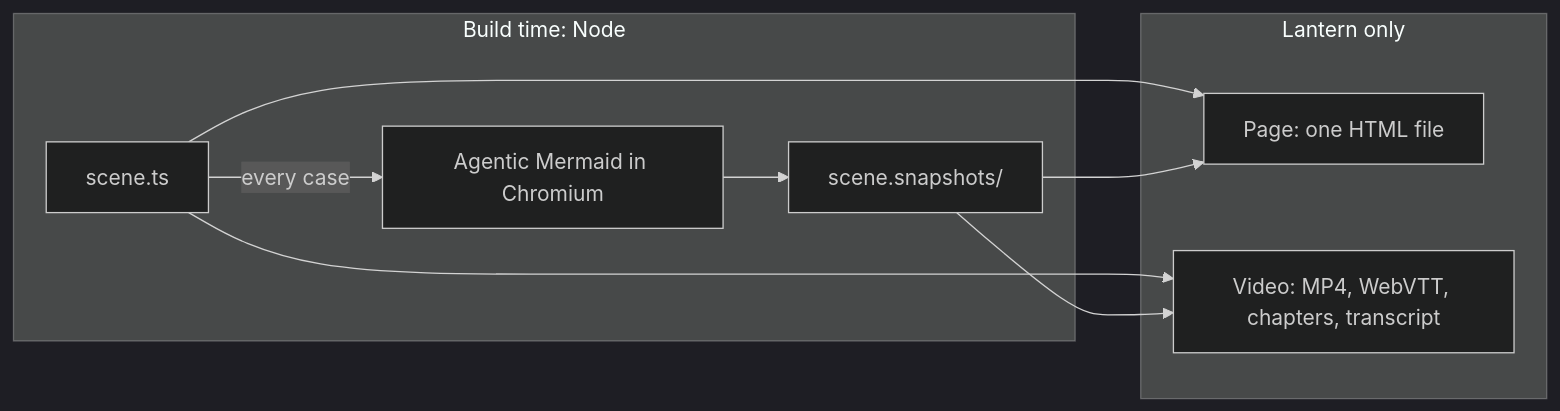
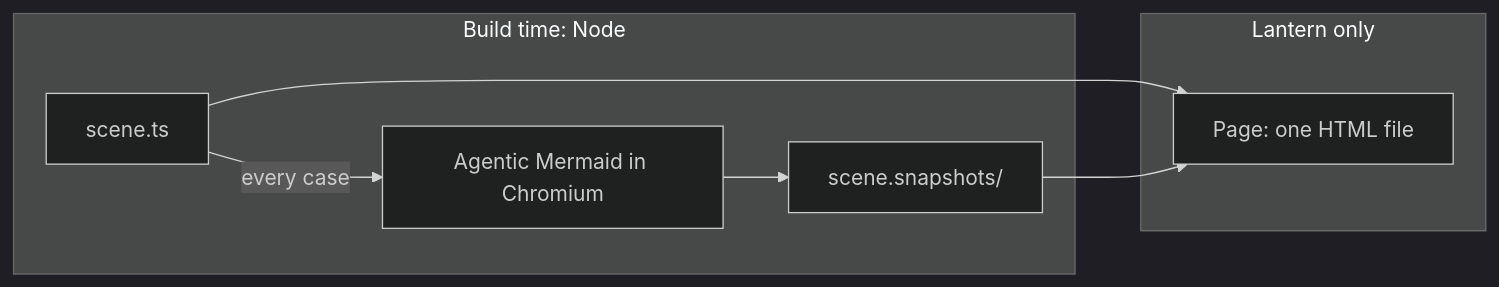
Before and after one commit to adewale/lantern: the diagram in specs/rayner.md, drawn with Mermaid (dark theme). The commit also changed other lines of this file and 76 other files, not shown here.

````diff
--- a/specs/rayner.md
+++ b/specs/rayner.md
@@ -55,15 +52,12 @@
 ```mermaid
 flowchart LR
   subgraph build["Build time: Node"]
     scene["scene.ts"] -->|every case| capture["Agentic Mermaid in Chromium"]
     capture --> snaps["scene.snapshots/"]
   end
   subgraph run["Lantern only"]
     page["Page: one HTML file"]
-    video["Video: MP4, WebVTT, chapters, transcript"]
   end
   scene --> page
-  scene --> video
   snaps --> page
-  snaps --> video
 ```
````
